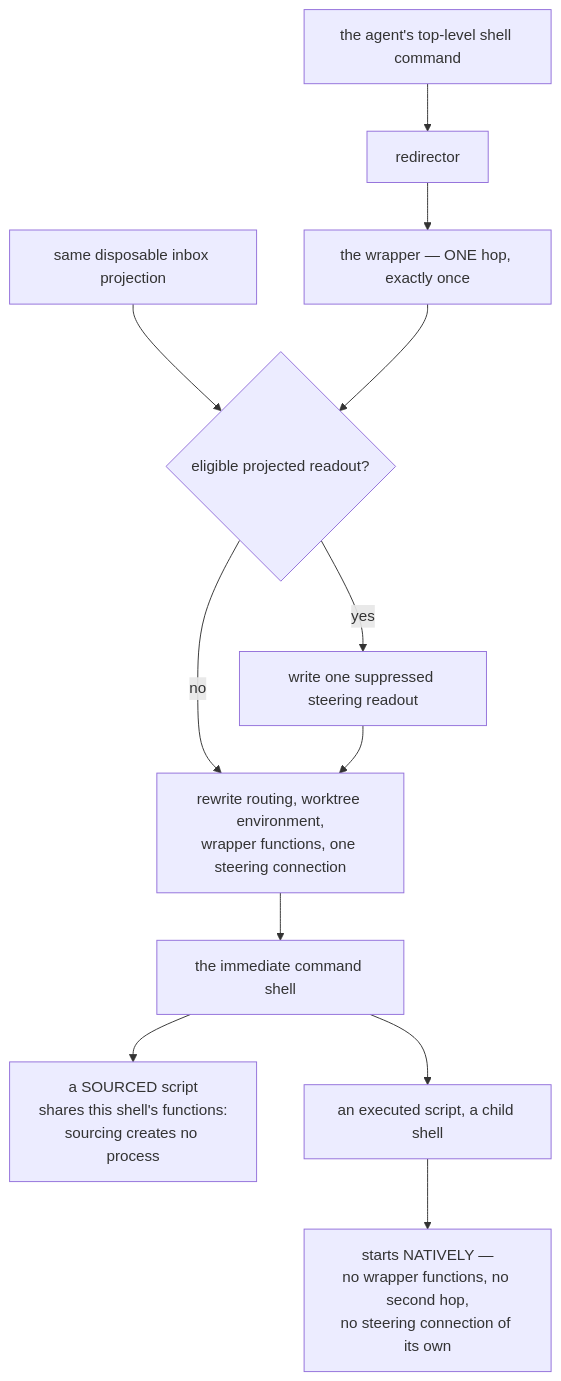
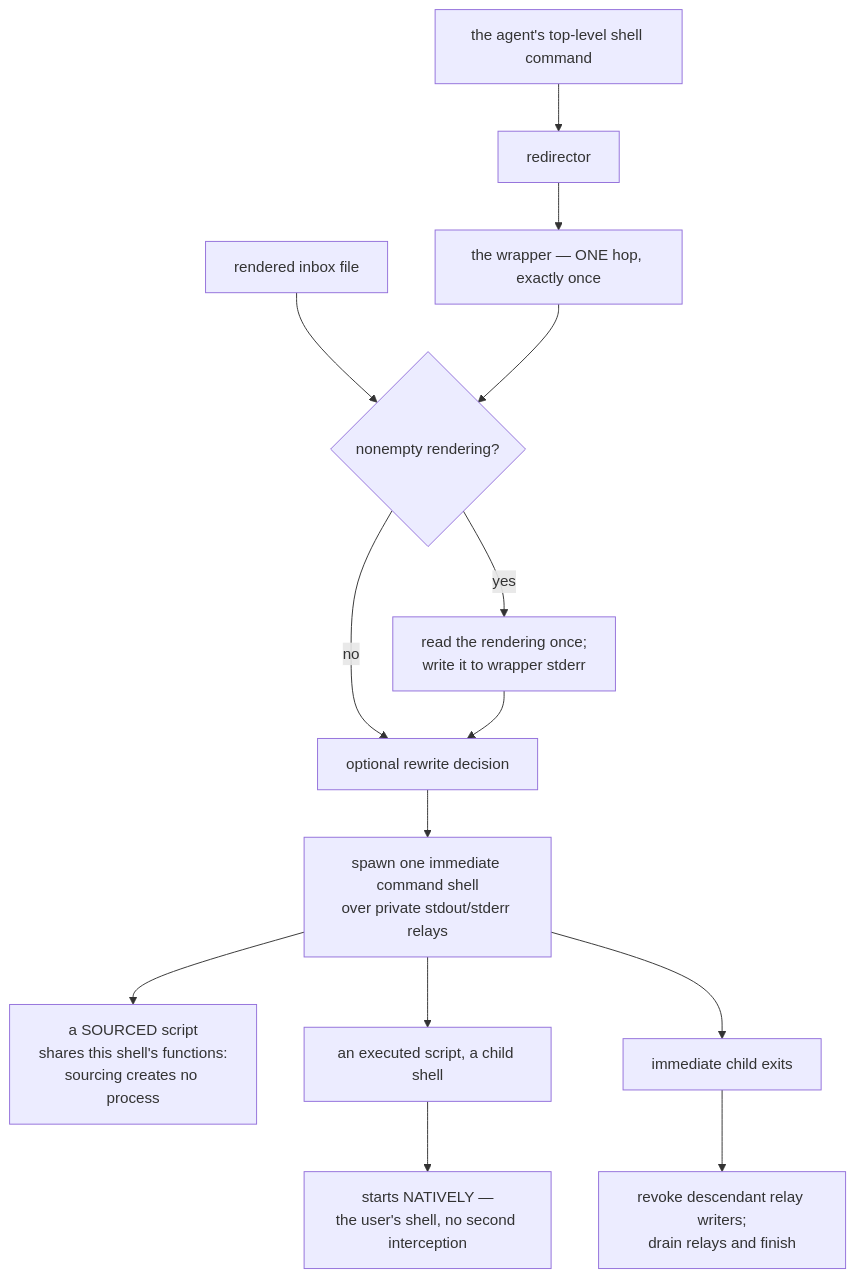
One commit to infimalabs/spice-rust changed the seventh of 10 diagrams in docs/product/planes/hooks.md. Above: the diagram before and after it, drawn with Mermaid. The commit also changed other lines of this file and 120 other files, not shown here.

````diff
--- a/docs/product/planes/hooks.md
+++ b/docs/product/planes/hooks.md
@@ -128,14 +151,16 @@
 ```mermaid
 flowchart TD
   A["the agent's top-level shell command"] --> R["redirector"]
   R --> W["the wrapper — ONE hop, exactly once"]
-  I["same disposable inbox projection"] --> P{"eligible projected readout?"}
+  I["rendered inbox file"] --> P{"nonempty rendering?"}
   W --> P
-  P -- yes --> S["write one suppressed steering readout"]
-  P -- no --> RW["rewrite routing, worktree environment,<br/>wrapper functions, one steering connection"]
+  P -- yes --> S["read the rendering once;<br/>write it to wrapper stderr"]
+  P -- no --> RW["optional rewrite decision"]
   S --> RW
-  RW --> C["the immediate command shell"]
+  RW --> C["spawn one immediate command shell<br/>over private stdout/stderr relays"]
   C --> SRC["a SOURCED script<br/>shares this shell's functions:<br/>sourcing creates no process"]
   C --> D["an executed script, a child shell"]
-  D --> NAT["starts NATIVELY —<br/>no wrapper functions, no second hop,<br/>no steering connection of its own"]
+  D --> NAT["starts NATIVELY —<br/>the user's shell, no second interception"]
+  C --> X["immediate child exits"]
+  X --> V["revoke descendant relay writers;<br/>drain relays and finish"]
 ```
````
